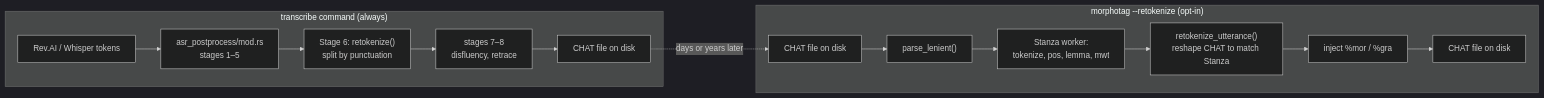
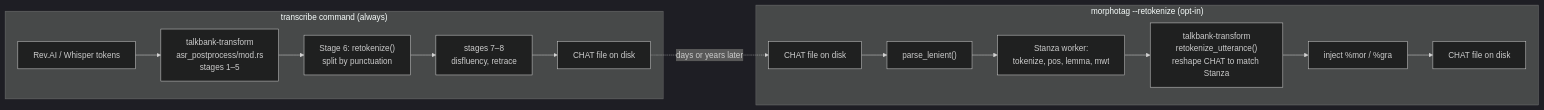
Before and after one commit to TalkBank/talkbank-tools: the first of 2 diagrams in book/src/batchalign/reference/retokenization-overview.md, drawn with Mermaid (dark theme). The commit also changed other lines of this file and 246 other files, not shown here.

````diff
--- a/book/src/batchalign/reference/retokenization-overview.md
+++ b/book/src/batchalign/reference/retokenization-overview.md
@@ -50,17 +50,17 @@
 ```mermaid
 flowchart LR
     subgraph TranscribeTime["transcribe command (always)"]
-        ASR["Rev.AI / Whisper tokens"] --> Clean["asr_postprocess/mod.rs<br/>stages 1–5"]
+        ASR["Rev.AI / Whisper tokens"] --> Clean["talkbank-transform<br/>asr_postprocess/mod.rs<br/>stages 1–5"]
         Clean --> ASRRetok["Stage 6: retokenize()<br/>split by punctuation"]
         ASRRetok --> Disfl["stages 7–8<br/>disfluency, retrace"]
         Disfl --> CHAT["CHAT file on disk"]
     end
     subgraph MorphotagTime["morphotag --retokenize (opt-in)"]
         CHAT2["CHAT file on disk"] --> Parse["parse_lenient()"]
         Parse --> Worker["Stanza worker:<br/>tokenize, pos, lemma, mwt"]
-        Worker --> MorphRetok["retokenize_utterance()<br/>reshape CHAT to match Stanza"]
+        Worker --> MorphRetok["talkbank-transform<br/>retokenize_utterance()<br/>reshape CHAT to match Stanza"]
         MorphRetok --> Inject["inject %mor / %gra"]
         Inject --> CHATOut["CHAT file on disk"]
     end
     CHAT -.->|"days or years later"| CHAT2
 ```
````
